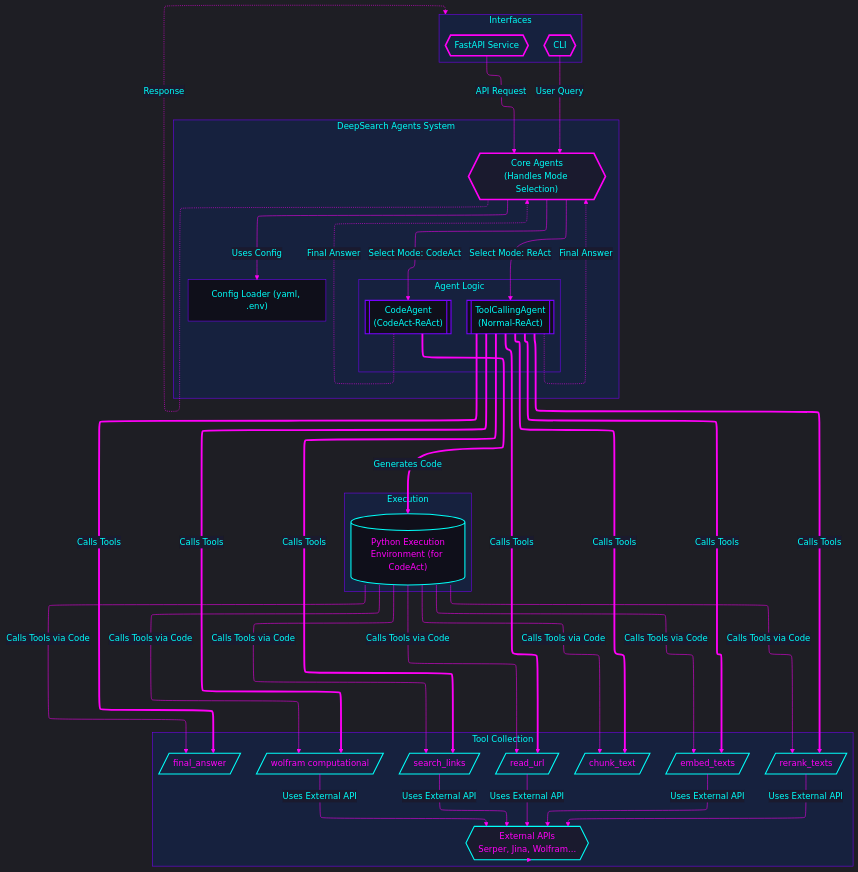
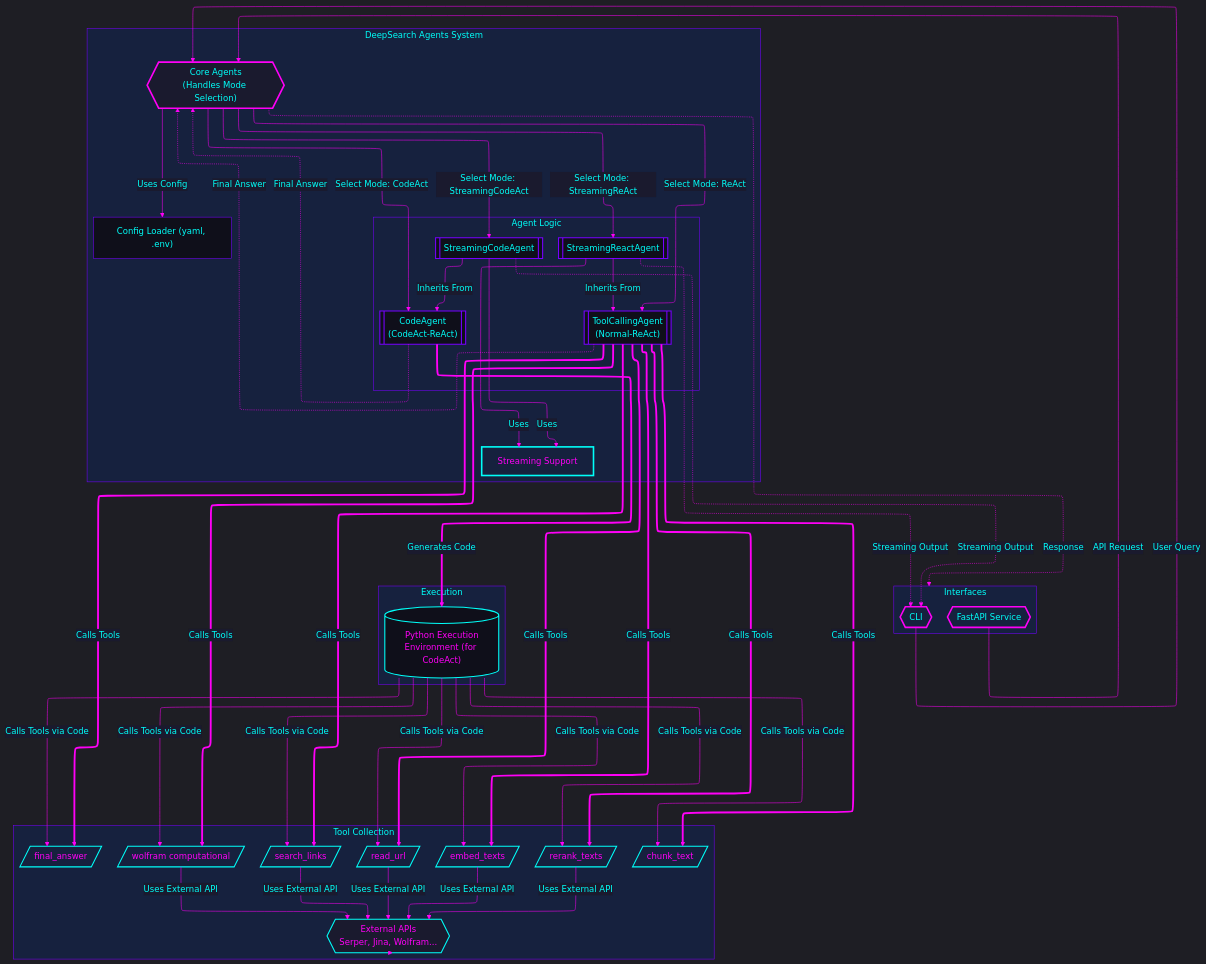
One commit to lwyBZss8924d/DeepSearchAgents changed the diagram in README.md. Above: the diagram before and after it, drawn with Mermaid. The commit also changed other lines of this file and 38 other files, not shown here.

```diff
--- a/README.md
+++ b/README.md
@@ -218,12 +256,15 @@
         CoreAgents{{"Core Agents
 (Handles Mode Selection)"}}
         ConfigLoader["Config Loader (yaml, .env)"]
+        StreamingSupport["Streaming Support"]
         subgraph Agents["Agent Logic"]
             direction LR
             ToolAgent[["ToolCallingAgent
 (Normal-ReAct)"]]
             CodeAgent[["CodeAgent
 (CodeAct-ReAct)"]]
+            StreamingReactAgent[["StreamingReactAgent"]]
+            StreamingCodeAgent[["StreamingCodeAgent"]]
         end
     end
     subgraph ToolCollection["Tool Collection"]
@@ -247,7 +288,13 @@
     FastAPI -- "API Request" --> CoreAgents
     CoreAgents -- "Select Mode: ReAct" --> ToolAgent
     CoreAgents -- "Select Mode: CodeAct" --> CodeAgent
+    CoreAgents -- "Select Mode: StreamingReAct" --> StreamingReactAgent
+    CoreAgents -- "Select Mode: StreamingCodeAct" --> StreamingCodeAgent
     CoreAgents -- "Uses Config" --> ConfigLoader
+    StreamingReactAgent -- "Inherits From" --> ToolAgent
+    StreamingCodeAgent -- "Inherits From" --> CodeAgent
+    StreamingReactAgent -- "Uses" --> StreamingSupport
+    StreamingCodeAgent -- "Uses" --> StreamingSupport
 
     ToolAgent == "Calls Tools" ==> SearchLinks
     ToolAgent == "Calls Tools" ==> ReadURL
@@ -277,6 +324,8 @@
 
     ToolAgent -. "Final Answer" .-> CoreAgents
     CodeAgent -. "Final Answer" .-> CoreAgents
+    StreamingReactAgent -. "Streaming Output" .-> CLI
+    StreamingCodeAgent -. "Streaming Output" .-> CLI
     CoreAgents -. "Response" .-> Interfaces
 
     classDef default fill:#1a1a2e,stroke:#7700ff,stroke-width:2px,color:#00fff9
@@ -287,12 +336,16 @@
     classDef environment fill:#0f0f1a,stroke:#00fff9,stroke-width:2px,color:#ff00f7
     classDef external fill:#1a1a2e,stroke:#00fff9,stroke-width:2px,color:#ff00f7
     classDef config fill:#0f0f1a,stroke:#7700ff,stroke-width:1px,color:#00fff9
+    classDef streaming fill:#16213e,stroke:#00fff9,stroke-width:3px,color:#ff00f7
 
     CLI:::interface
     FastAPI:::interface
     CoreAgents:::manager
     ToolAgent:::agent
     CodeAgent:::agent
+    StreamingReactAgent:::agent
+    StreamingCodeAgent:::agent
+    StreamingSupport:::streaming
     SearchLinks:::tool
     ReadURL:::tool
     ChunkText:::tool
```
